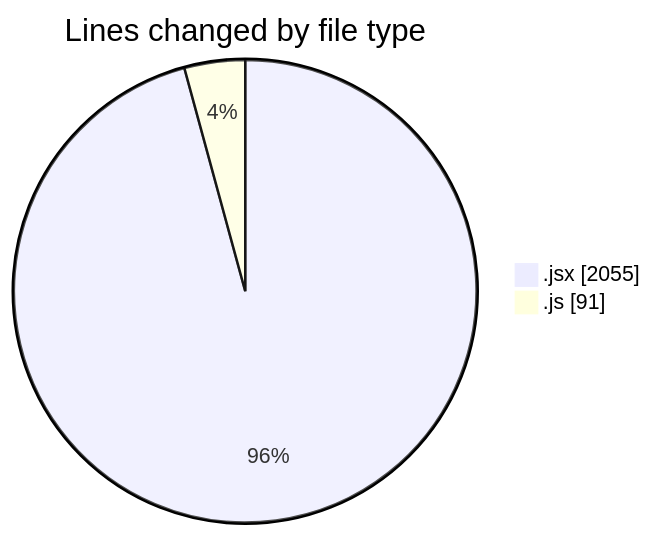
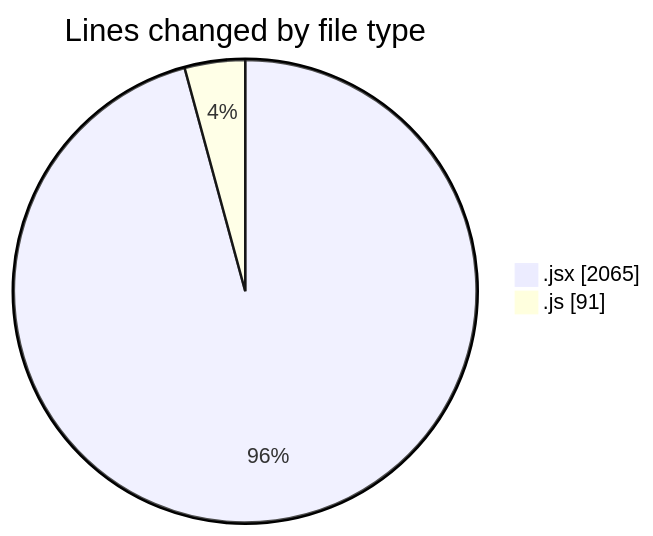
One commit to nxtqubesakshisongat/code-tracking changed the first of 2 diagrams in 2025-07-07/argos/README.md. Above: the diagram before and after it, drawn with Mermaid. The commit also changed other lines of this file and 1 other file, not shown here.

````diff
--- a/2025-07-07/argos/README.md
+++ b/2025-07-07/argos/README.md
@@ -23,6 +23,6 @@
 ```mermaid
 pie showData
 title Lines changed by file type
-".jsx" : 2055
+".jsx" : 2065
 ".js" : 91
 ```
````
